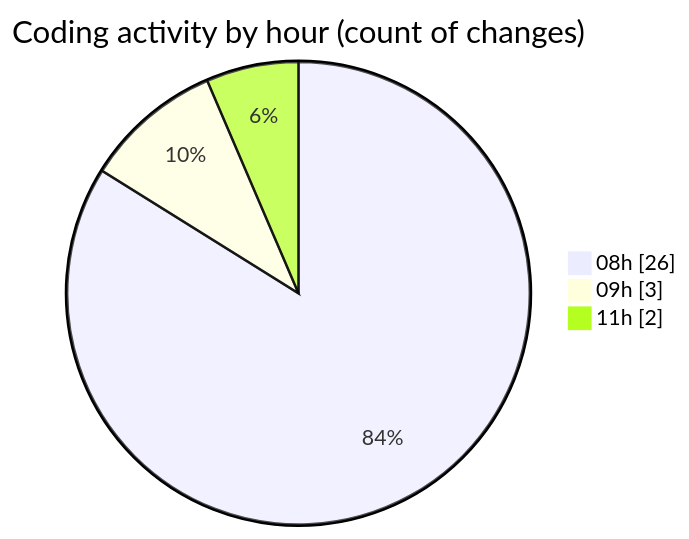
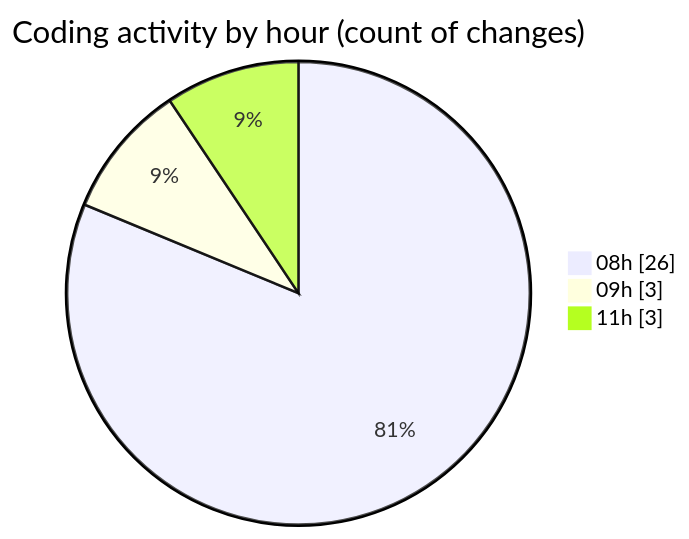
One commit to Elitesun/code-tracking changed the second of 2 diagrams in 2025-02-24/elitesgpt/README.md. Above: the diagram before and after it, drawn with Mermaid. The commit also changed other lines of this file and 1 other file, not shown here.

````diff
--- a/2025-02-24/elitesgpt/README.md
+++ b/2025-02-24/elitesgpt/README.md
@@ -30,7 +30,7 @@
 ```mermaid
 pie showData
 title Coding activity by hour (count of changes)
 "08h" : 26
 "09h" : 3
-"11h" : 2
+"11h" : 3
 ```
````
